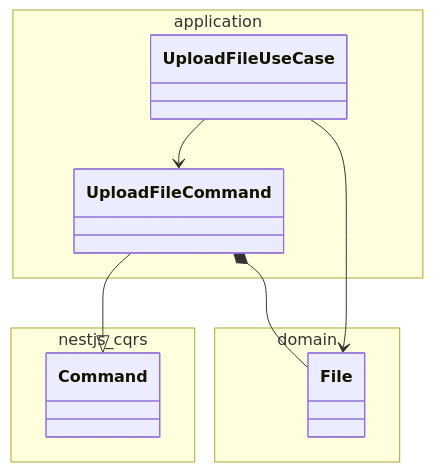
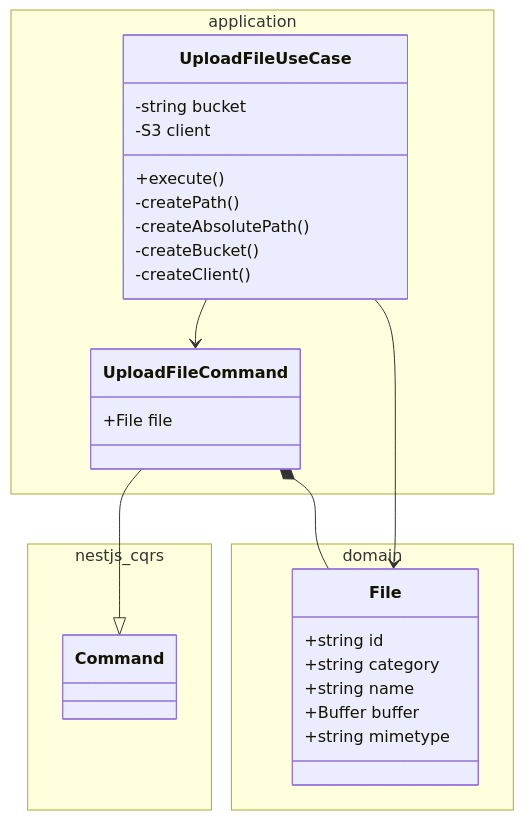
Before and after one commit to pslotinsky/decay-of-magic: the second of 4 diagrams in services/vault-service/README.md, drawn with Mermaid. The commit also changed other lines of this file and 16 other files, not shown here.

Commit message:
DOD-0004: Add class members to Poe class diagram

````diff
--- a/services/vault-service/README.md
+++ b/services/vault-service/README.md
@@ -35,18 +50,34 @@
 ```mermaid
 classDiagram
   namespace application {
-    class UploadFileCommand
-    class UploadFileUseCase
+    class UploadFileCommand {
+      +File file
+    }
+    class UploadFileUseCase {
+      -string bucket
+      -S3 client
+      +execute()
+      -createPath()
+      -createAbsolutePath()
+      -createBucket()
+      -createClient()
+    }
   }
   namespace domain {
-    class File
+    class File {
+      +string id
+      +string category
+      +string name
+      +Buffer buffer
+      +string mimetype
+    }
   }
   namespace nestjs_cqrs {
     class Command
   }
 
   UploadFileCommand --|> Command
   UploadFileCommand *-- File
   UploadFileUseCase --> UploadFileCommand
   UploadFileUseCase --> File
 ```
````
